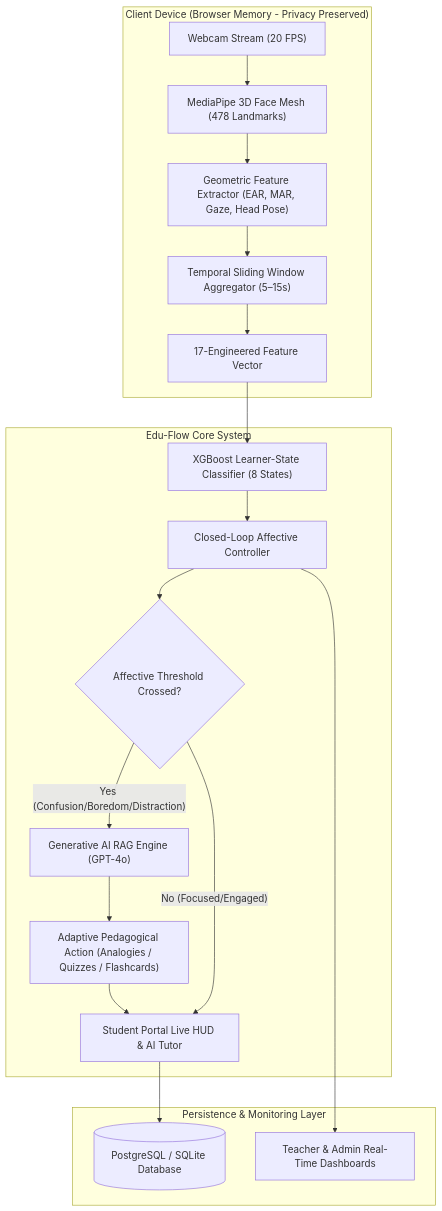
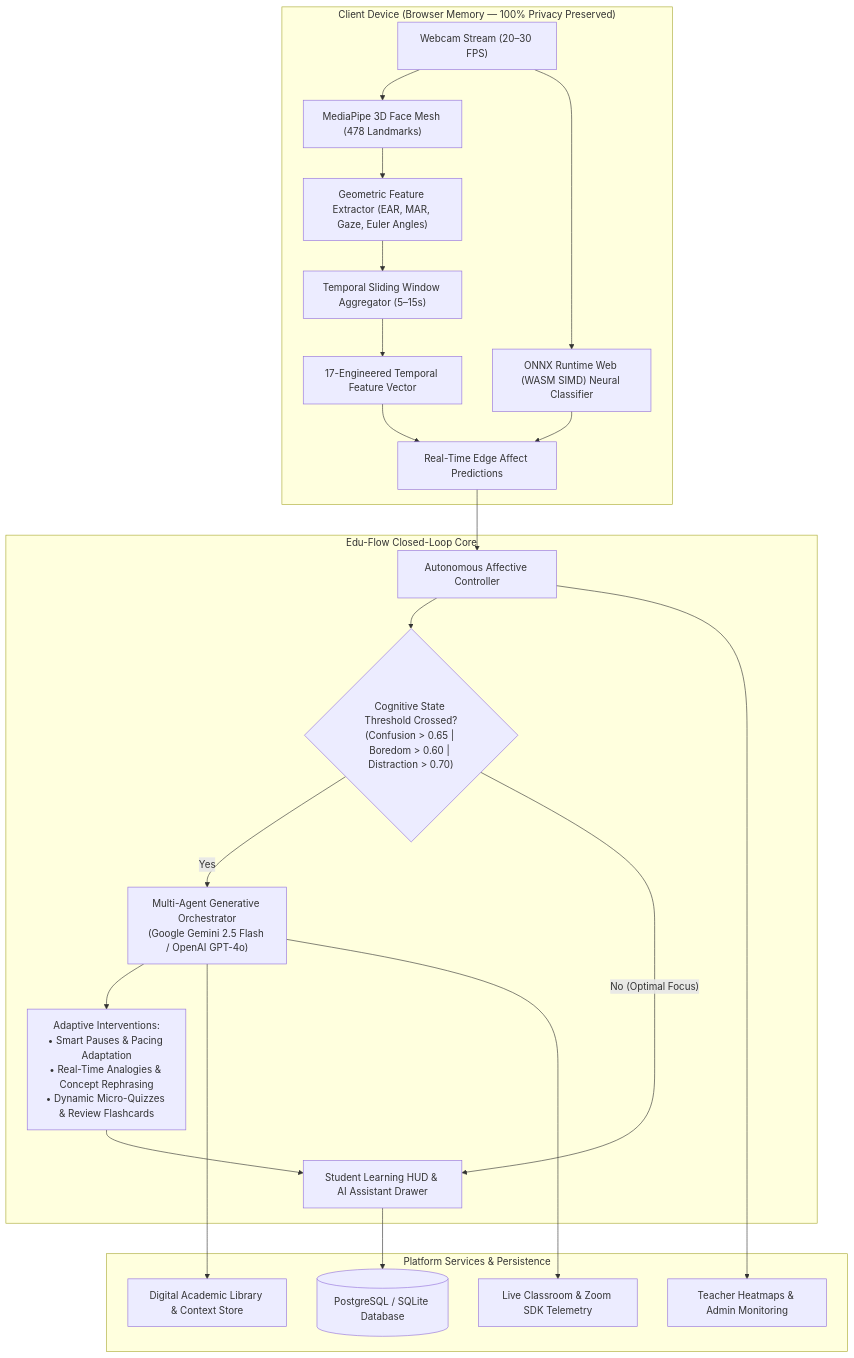
One commit to nimishsuhaasmc05/eduflow changed the diagram in README.md. Above: the diagram before and after it, drawn with Mermaid. The commit also changed other lines of this file, not shown here.

````diff
--- a/README.md
+++ b/README.md
@@ -24,26 +32,30 @@
 ```mermaid
 flowchart TD
-    subgraph Client ["Client Device (Browser Memory - Privacy Preserved)"]
-        Cam["Webcam Stream (20 FPS)"] --> MP["MediaPipe 3D Face Mesh (478 Landmarks)"]
-        MP --> Geo["Geometric Feature Extractor (EAR, MAR, Gaze, Head Pose)"]
+    subgraph Client ["Client Device (Browser Memory — 100% Privacy Preserved)"]
+        Cam["Webcam Stream (20–30 FPS)"] --> MP["MediaPipe 3D Face Mesh (478 Landmarks)"]
+        Cam --> ONNX["ONNX Runtime Web (WASM SIMD) Neural Classifier"]
+        MP --> Geo["Geometric Feature Extractor (EAR, MAR, Gaze, Euler Angles)"]
         Geo --> Win["Temporal Sliding Window Aggregator (5–15s)"]
-        Win --> Vec["17-Engineered Feature Vector"]
+        Win --> Vec["17-Engineered Temporal Feature Vector"]
+        ONNX --> Affect["Real-Time Edge Affect Predictions"]
+        Vec --> Affect
     end
 
-    subgraph Core ["Edu-Flow Core System"]
-        Vec --> ML["XGBoost Learner-State Classifier (8 States)"]
-        ML --> Controller["Closed-Loop Affective Controller"]
-        Controller --> Thresholds{"Affective Threshold Crossed?"}
+    subgraph Core ["Edu-Flow Closed-Loop Core"]
+        Affect --> Controller["Autonomous Affective Controller"]
+        Controller --> Thresholds{"Cognitive State Threshold Crossed?<br/>(Confusion > 0.65 | Boredom > 0.60 | Distraction > 0.70)"}
         
-        Thresholds -- "Yes (Confusion/Boredom/Distraction)" --> RAG["Generative AI RAG Engine (GPT-4o)"]
-        RAG --> Intervention["Adaptive Pedagogical Action (Analogies / Quizzes / Flashcards)"]
-        Intervention --> UI["Student Portal Live HUD & AI Tutor"]
+        Thresholds -- "Yes" --> MultiAgent["Multi-Agent Generative Orchestrator<br/>(Google Gemini 2.5 Flash / OpenAI GPT-4o)"]
+        MultiAgent --> Actions["Adaptive Interventions:<br/>• Smart Pauses & Pacing Adaptation<br/>• Real-Time Analogies & Concept Rephrasing<br/>• Dynamic Micro-Quizzes & Review Flashcards"]
+        Actions --> UI["Student Learning HUD & AI Assistant Drawer"]
         
-        Thresholds -- "No (Focused/Engaged)" --> UI
+        Thresholds -- "No (Optimal Focus)" --> UI
     end
 
-    subgraph Data ["Persistence & Monitoring Layer"]
+    subgraph Platform ["Platform Services & Persistence"]
         UI --> DB[("PostgreSQL / SQLite Database")]
-        Controller --> Analytics["Teacher & Admin Real-Time Dashboards"]
+        Controller --> Analytics["Teacher Heatmaps & Admin Monitoring"]
+        MultiAgent --> Library["Digital Academic Library & Context Store"]
+        MultiAgent --> Live["Live Classroom & Zoom SDK Telemetry"]
     end
 ```
````
